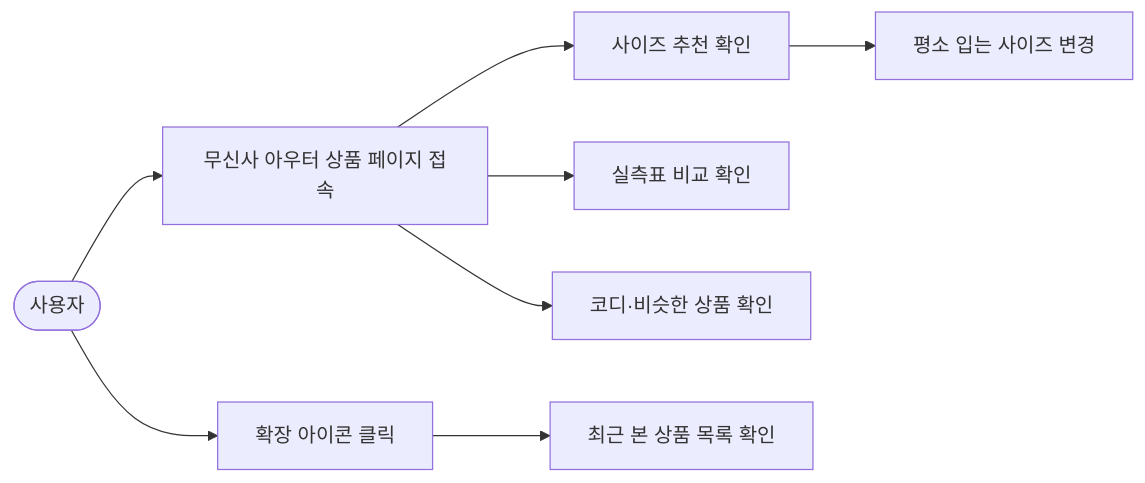
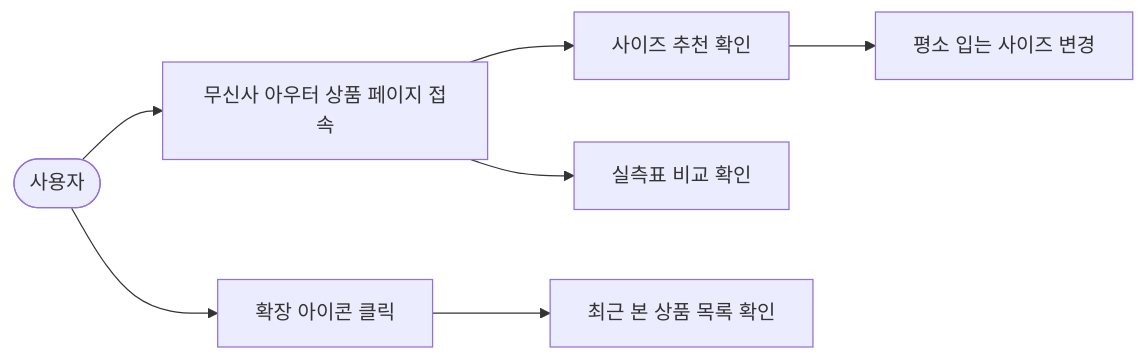
One commit to dudqls4796/Fit-You-widget changed the first of 2 diagrams in README.md. Above: the diagram before and after it, drawn with Mermaid. The commit also changed other lines of this file, not shown here.

````diff
--- a/README.md
+++ b/README.md
@@ -67,10 +65,9 @@
 ```mermaid
 flowchart LR
     U([사용자]) --> A[무신사 아우터 상품 페이지 접속]
     A --> B[사이즈 추천 확인]
     A --> C[실측표 비교 확인]
-    A --> D[코디·비슷한 상품 확인]
     B --> E[평소 입는 사이즈 변경]
     U --> F[확장 아이콘 클릭]
     F --> G[최근 본 상품 목록 확인]
 ```
````
